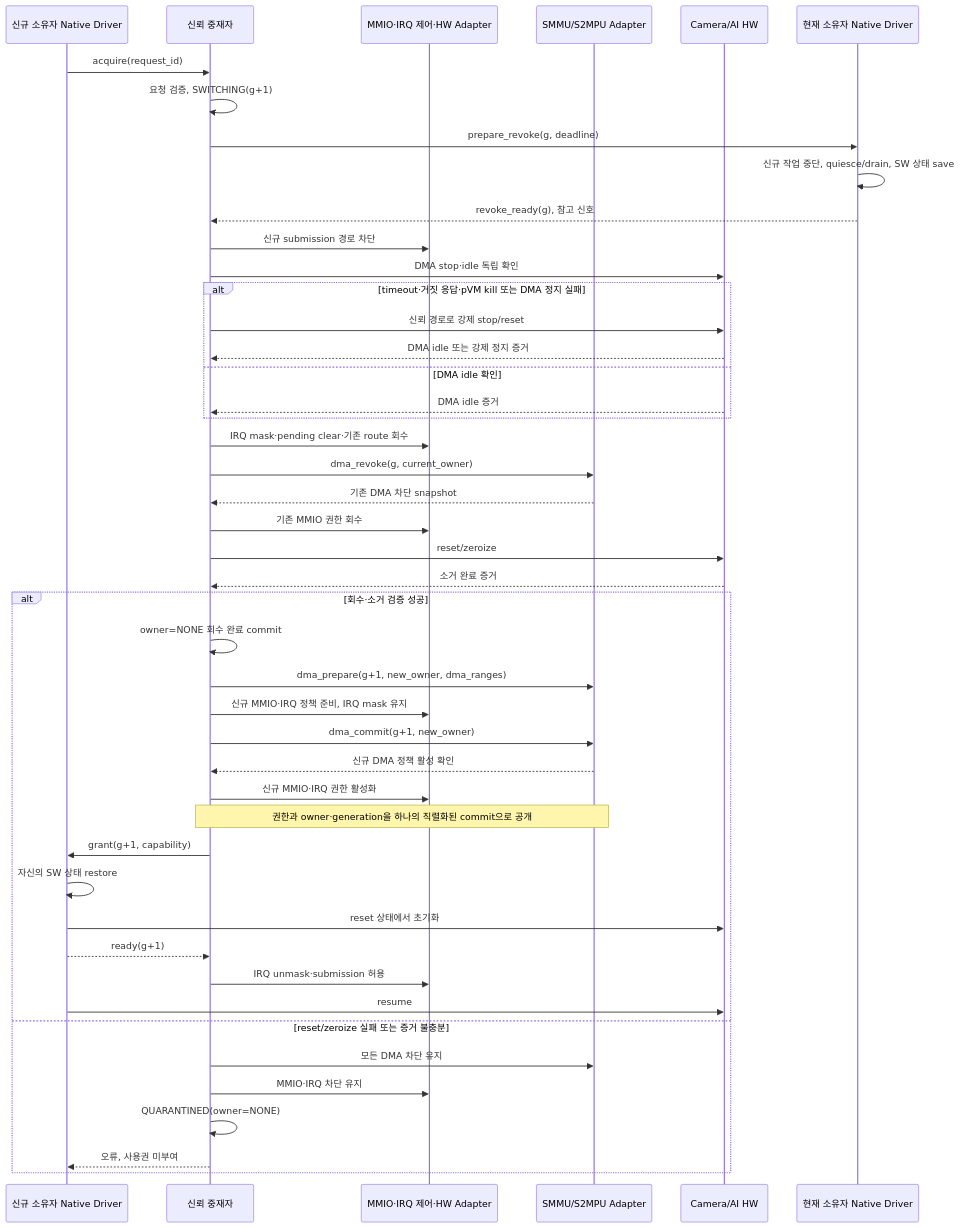
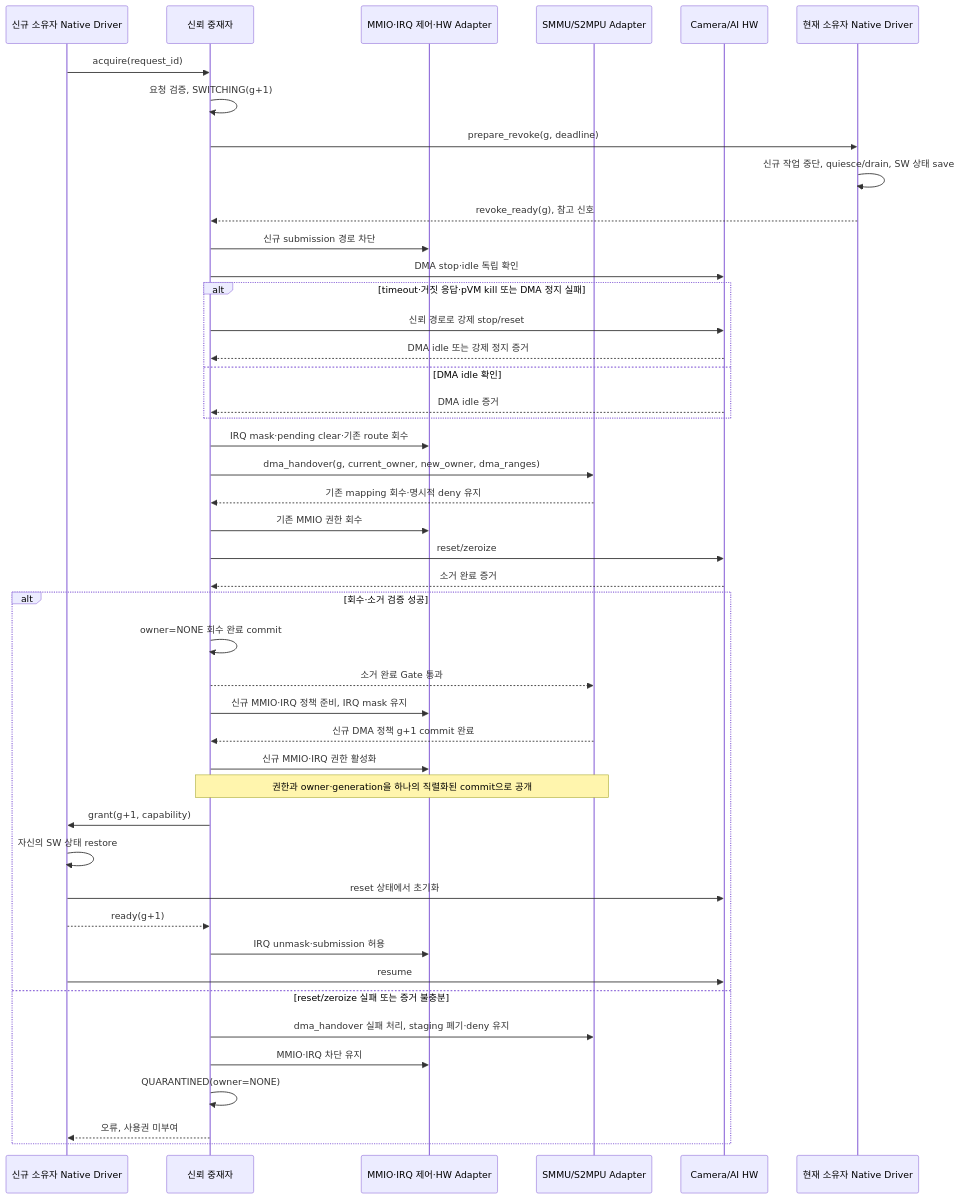
Before and after one commit to boram1288/test-p: the second of 2 diagrams in docs-align/품질위협_문제1_HW공유_기밀데이터_노출.md, drawn with Mermaid. The commit also changed other lines of this file, not shown here.

First line of the commit message:
SMMU 전환 동작과 C&C View 단순화

````diff
--- a/docs-align/품질위협_문제1_HW공유_기밀데이터_노출.md
+++ b/docs-align/품질위협_문제1_HW공유_기밀데이터_노출.md
@@ -236,51 +209,50 @@
 ```mermaid
 sequenceDiagram
     participant New as 신규 소유자 Native Driver
     participant Arb as 신뢰 중재자
     participant Guard as MMIO·IRQ 제어·HW Adapter
     participant SMMU as SMMU/S2MPU Adapter
     participant HW as Camera/AI HW
     participant Old as 현재 소유자 Native Driver
 
     New->>Arb: acquire(request_id)
     Arb->>Arb: 요청 검증, SWITCHING(g+1)
     Arb->>Old: prepare_revoke(g, deadline)
     Old->>Old: 신규 작업 중단, quiesce/drain, SW 상태 save
     Old-->>Arb: revoke_ready(g), 참고 신호
     Arb->>Guard: 신규 submission 경로 차단
     Arb->>HW: DMA stop·idle 독립 확인
 
     alt timeout·거짓 응답·pVM kill 또는 DMA 정지 실패
         Arb->>HW: 신뢰 경로로 강제 stop/reset
         HW-->>Arb: DMA idle 또는 강제 정지 증거
     else DMA idle 확인
         HW-->>Arb: DMA idle 증거
     end
 
     Arb->>Guard: IRQ mask·pending clear·기존 route 회수
-    Arb->>SMMU: dma_revoke(g, current_owner)
-    SMMU-->>Arb: 기존 DMA 차단 snapshot
+    Arb->>SMMU: dma_handover(g, current_owner, new_owner, dma_ranges)
+    SMMU-->>Arb: 기존 mapping 회수·명시적 deny 유지
     Arb->>Guard: 기존 MMIO 권한 회수
     Arb->>HW: reset/zeroize
     HW-->>Arb: 소거 완료 증거
     alt 회수·소거 검증 성공
         Arb->>Arb: owner=NONE 회수 완료 commit
-        Arb->>SMMU: dma_prepare(g+1, new_owner, dma_ranges)
+        Arb-->>SMMU: 소거 완료 Gate 통과
         Arb->>Guard: 신규 MMIO·IRQ 정책 준비, IRQ mask 유지
-        Arb->>SMMU: dma_commit(g+1, new_owner)
-        SMMU-->>Arb: 신규 DMA 정책 활성 확인
+        SMMU-->>Arb: 신규 DMA 정책 g+1 commit 완료
         Arb->>Guard: 신규 MMIO·IRQ 권한 활성화
         Note over Arb,SMMU: 권한과 owner·generation을 하나의 직렬화된 commit으로 공개
         Arb->>New: grant(g+1, capability)
         New->>New: 자신의 SW 상태 restore
         New->>HW: reset 상태에서 초기화
         New-->>Arb: ready(g+1)
         Arb->>Guard: IRQ unmask·submission 허용
         New->>HW: resume
     else reset/zeroize 실패 또는 증거 불충분
-        Arb->>SMMU: 모든 DMA 차단 유지
+        Arb->>SMMU: dma_handover 실패 처리, staging 폐기·deny 유지
         Arb->>Guard: MMIO·IRQ 차단 유지
         Arb->>Arb: QUARANTINED(owner=NONE)
         Arb-->>New: 오류, 사용권 미부여
     end
 ```
````
